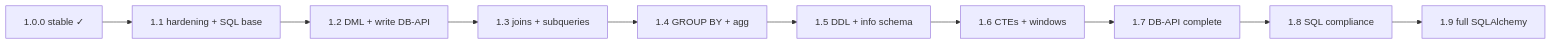
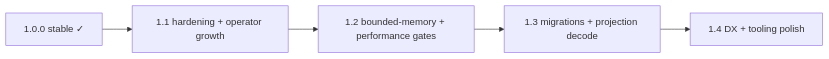
One commit to eddiethedean/typra changed the second of 2 diagrams in ROADMAP.md. Above: the diagram before and after it, drawn with Mermaid. The commit also changed other lines of this file and 3 other files, not shown here.

````diff
--- a/ROADMAP.md
+++ b/ROADMAP.md
@@ -67,14 +63,9 @@
 ```mermaid
 flowchart LR
   v100del["1.0.0 stable ✓"]
-  v111["1.1 hardening + SQL base"]
-  v112["1.2 DML + write DB-API"]
-  v113["1.3 joins + subqueries"]
-  v114["1.4 GROUP BY + agg"]
-  v115["1.5 DDL + info schema"]
-  v116["1.6 CTEs + windows"]
-  v117["1.7 DB-API complete"]
-  v118["1.8 SQL compliance"]
-  v119["1.9 full SQLAlchemy"]
-  v100del --> v111 --> v112 --> v113 --> v114 --> v115 --> v116 --> v117 --> v118 --> v119
+  v111["1.1 hardening + operator growth"]
+  v112["1.2 bounded-memory + performance gates"]
+  v113["1.3 migrations + projection decode"]
+  v114["1.4 DX + tooling polish"]
+  v100del --> v111 --> v112 --> v113 --> v114
 ```
````
